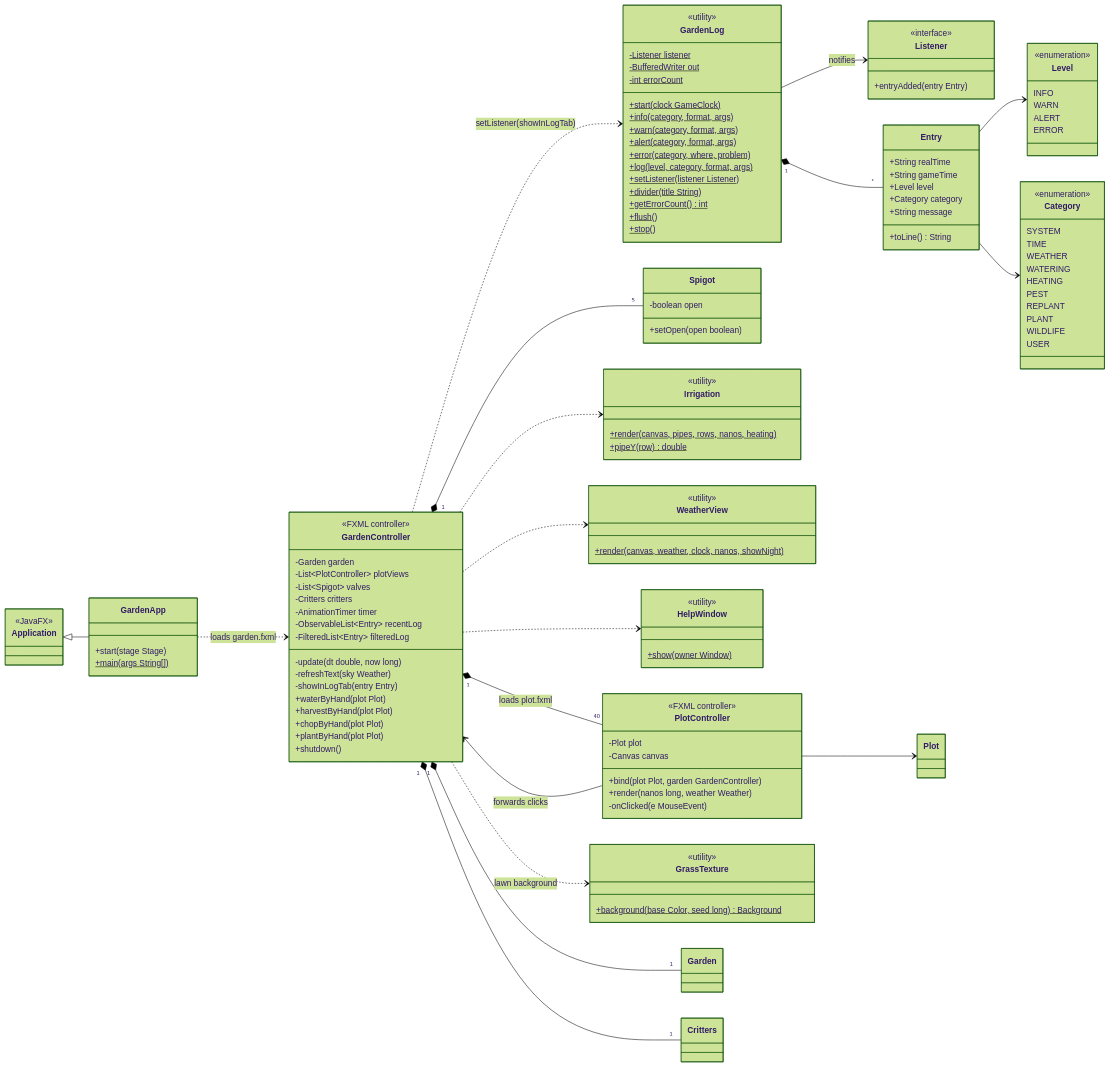
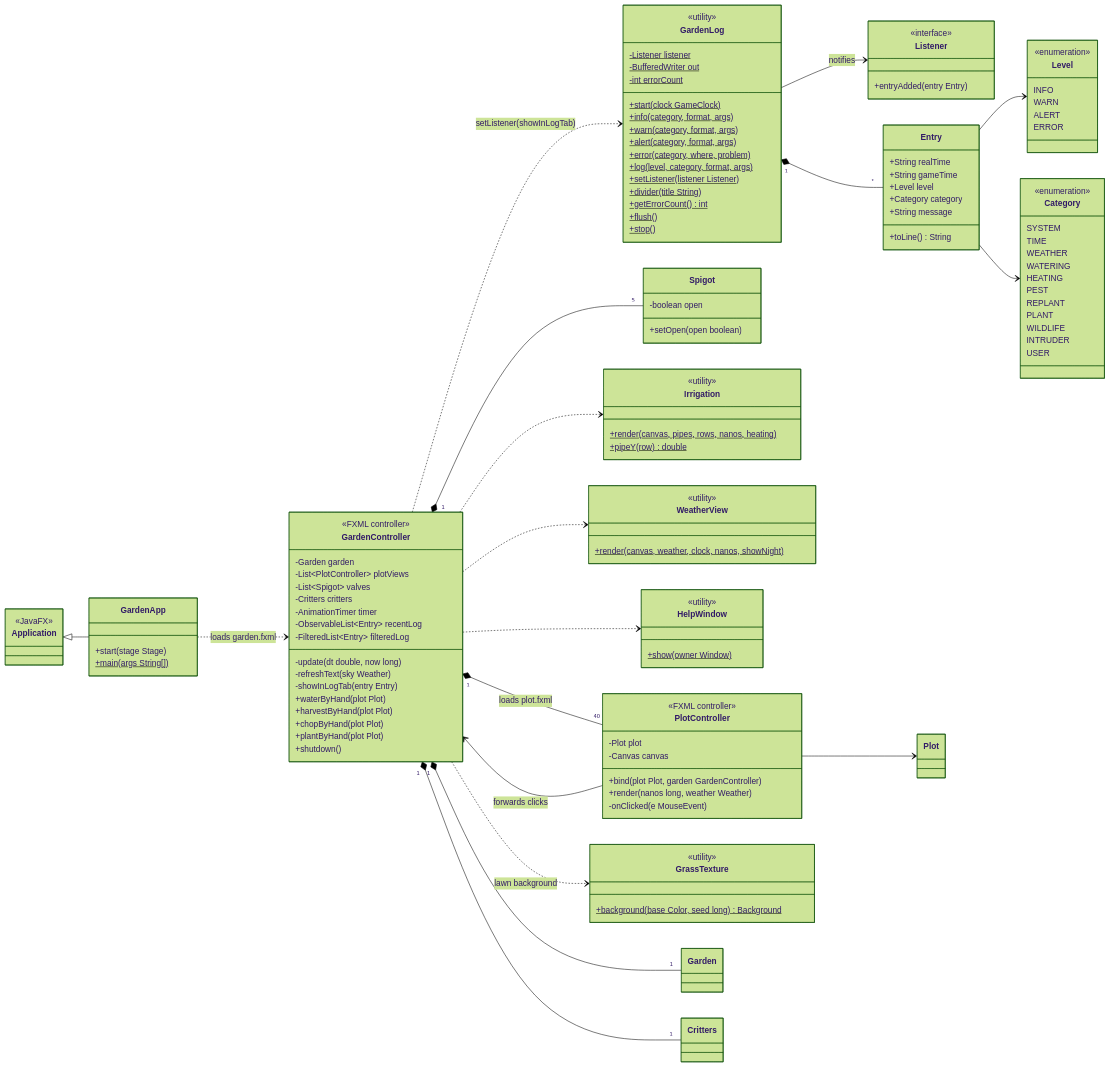
The seventh of 17 diagrams in docs/UML.md (Hstrauss1/gitgarden), drawn with Mermaid (forest theme) before and after one commit. The commit also changed 1 other file, not shown here.

Commit message:
Add the Garden Simulation API to the requirements analysis
Add the API's features (F25-F32) and non-functional requirements
(NF9-NF11), the Test script and Background clock actors, detailed use
cases UC21-UC28 with API alternatives for UC11 and UC18, user stories
US17-US22, scenarios S7-S9, the API's candidate classes, design
decisions and traceability rows. Replace the "future monitoring API"
placeholders and correct the note that GardenLog uses JavaFX: it now
notifies a Listener.

Also add the missing INTRUDER log category to the UML.

Claude-Session: https://claude.ai/code/session_01B2FVrmRSFoaQx1GVci54gF

```diff
--- a/docs/UML.md
+++ b/docs/UML.md
@@ -713,6 +713,7 @@
         REPLANT
         PLANT
         WILDLIFE
+        INTRUDER
         USER
     }
 
```
